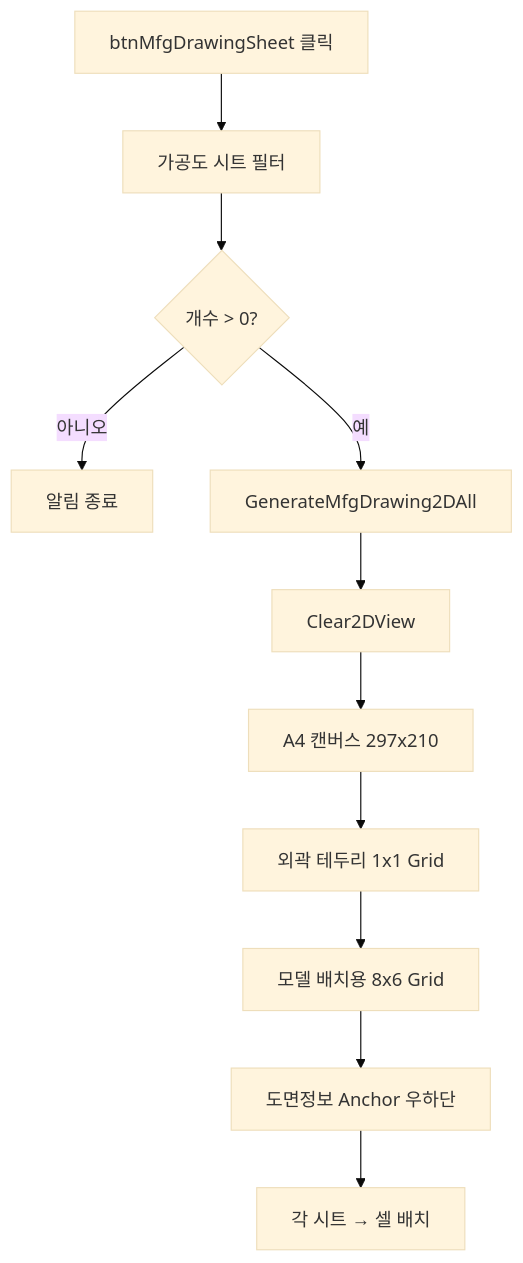
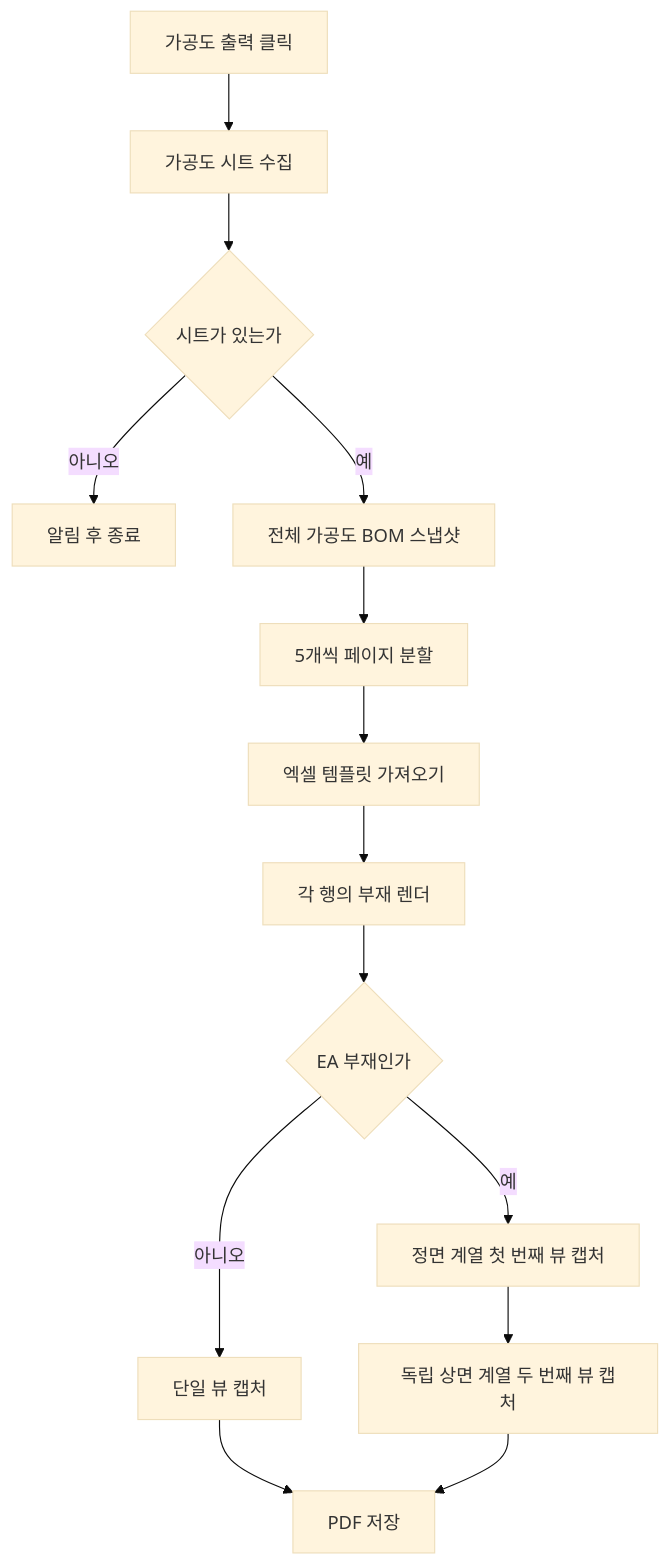
One commit to uuuuj/a2z changed the diagram in docs/기능/가공도/가공도 시트.md. Above: the diagram before and after it, drawn with Mermaid (base theme). The commit also changed other lines of this file and 8 other files, not shown here.

````diff
--- a/docs/기능/가공도/가공도 시트.md
+++ b/docs/기능/가공도/가공도 시트.md
@@ -37,13 +25,16 @@
 ```mermaid
 flowchart TD
-    A[btnMfgDrawingSheet 클릭] --> B[가공도 시트 필터]
-    B --> C{개수 > 0?}
-    C -- 아니오 --> E01[알림 종료]
-    C -- 예 --> D[GenerateMfgDrawing2DAll]
-    D --> E[Clear2DView]
-    E --> F[A4 캔버스 297x210]
-    F --> G[외곽 테두리 1x1 Grid]
-    G --> H[모델 배치용 8x6 Grid]
-    H --> I[도면정보 Anchor 우하단]
-    I --> J[각 시트 → 셀 배치]
+    A["가공도 출력 클릭"] --> B["가공도 시트 수집"]
+    B --> C{"시트가 있는가"}
+    C -- 아니오 --> D["알림 후 종료"]
+    C -- 예 --> E["전체 가공도 BOM 스냅샷"]
+    E --> F["5개씩 페이지 분할"]
+    F --> G["엑셀 템플릿 가져오기"]
+    G --> H["각 행의 부재 렌더"]
+    H --> I{"EA 부재인가"}
+    I -- 아니오 --> J["단일 뷰 캡처"]
+    I -- 예 --> K["정면 계열 첫 번째 뷰 캡처"]
+    K --> L["독립 상면 계열 두 번째 뷰 캡처"]
+    J --> M["PDF 저장"]
+    L --> M
 ```
````
